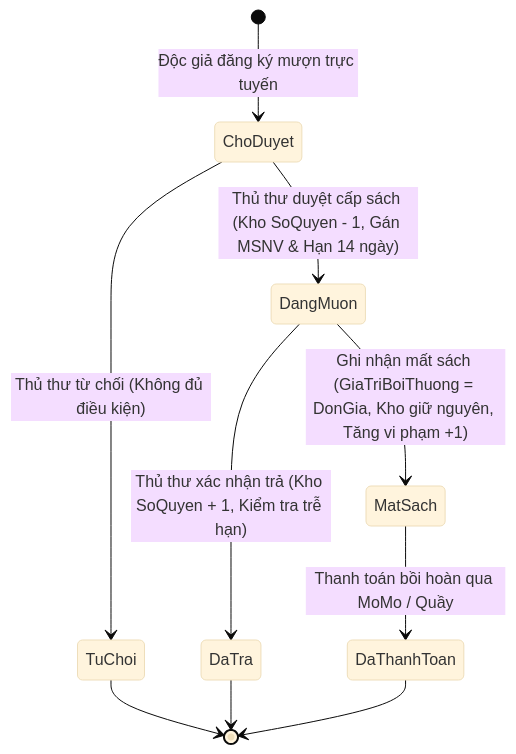
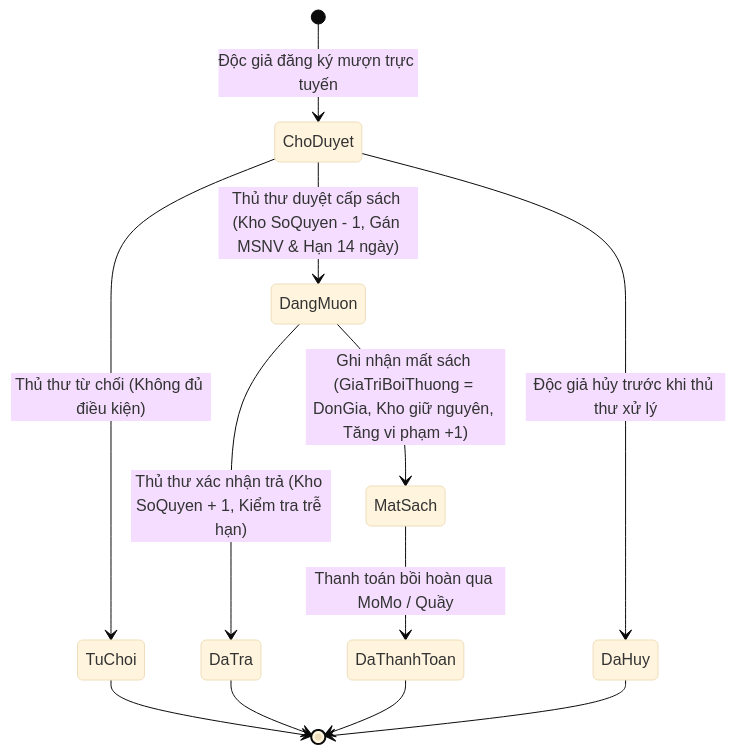
One commit to TranAnhVu2005/B2306603_Tran_Anh_Vu_Manage_Book_At_Library changed the diagram in docs/04_FLOW_LOGIC.md. Above: the diagram before and after it, drawn with Mermaid (base theme). The commit also changed other lines of this file and 40 other files, not shown here.

````diff
--- a/docs/04_FLOW_LOGIC.md
+++ b/docs/04_FLOW_LOGIC.md
@@ -9,12 +9,14 @@
 ```mermaid
 stateDiagram-v2
     [*] --> ChoDuyet: Độc giả đăng ký mượn trực tuyến
     ChoDuyet --> TuChoi: Thủ thư từ chối (Không đủ điều kiện)
     ChoDuyet --> DangMuon: Thủ thư duyệt cấp sách (Kho SoQuyen - 1, Gán MSNV & Hạn 14 ngày)
+    ChoDuyet --> DaHuy: Độc giả hủy trước khi thủ thư xử lý
     DangMuon --> DaTra: Thủ thư xác nhận trả (Kho SoQuyen + 1, Kiểm tra trễ hạn)
     DangMuon --> MatSach: Ghi nhận mất sách (GiaTriBoiThuong = DonGia, Kho giữ nguyên, Tăng vi phạm +1)
     MatSach --> DaThanhToan: Thanh toán bồi hoàn qua MoMo / Quầy
     DaTra --> [*]
     TuChoi --> [*]
+    DaHuy --> [*]
     DaThanhToan --> [*]
 ```
````
